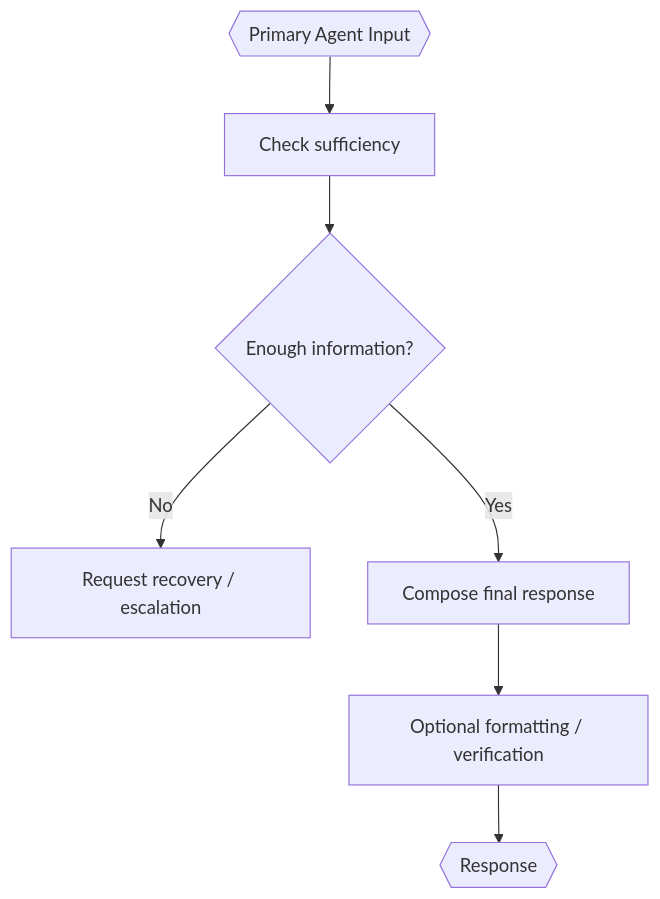
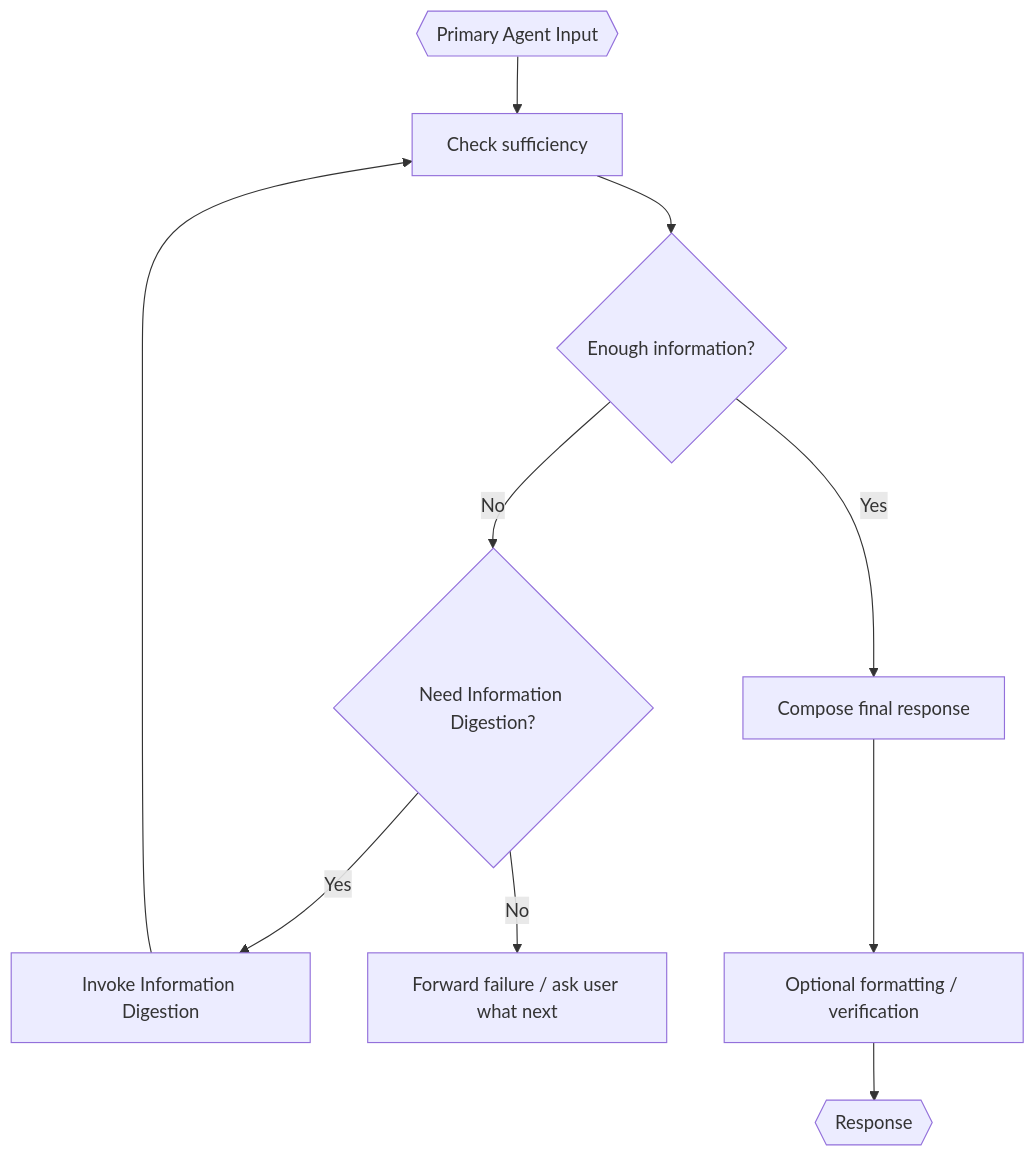
The diagram in src/tinycua/docs/architecture/primary-agent.md (VJyzCELERY/TINYCUA), drawn with Mermaid before and after one commit. The commit also changed other lines of this file and 14 other files, not shown here.

Commit message:
docs(architecture): add session architecture model

````diff
--- a/src/tinycua/docs/architecture/primary-agent.md
+++ b/src/tinycua/docs/architecture/primary-agent.md
@@ -48,17 +52,22 @@
 ```mermaid
 flowchart TD
     INPUT{{"Primary Agent Input"}}
     CHECK["Check sufficiency"]
     SUFFICIENT{"Enough information?"}
-    RECOVER["Request recovery / escalation"]
+    NEED_DIGEST{"Need Information Digestion?"}
+    DIGEST["Invoke Information Digestion"]
+    ASK["Forward failure / ask user what next"]
     COMPOSE["Compose final response"]
     VERIFY["Optional formatting / verification"]
     RESP{{"Response"}}
 
     INPUT --> CHECK
     CHECK --> SUFFICIENT
-    SUFFICIENT -->|No| RECOVER
+    SUFFICIENT -->|No| NEED_DIGEST
+    NEED_DIGEST -->|Yes| DIGEST
+    DIGEST --> CHECK
+    NEED_DIGEST -->|No| ASK
     SUFFICIENT -->|Yes| COMPOSE
     COMPOSE --> VERIFY
     VERIFY --> RESP
 ```
````
